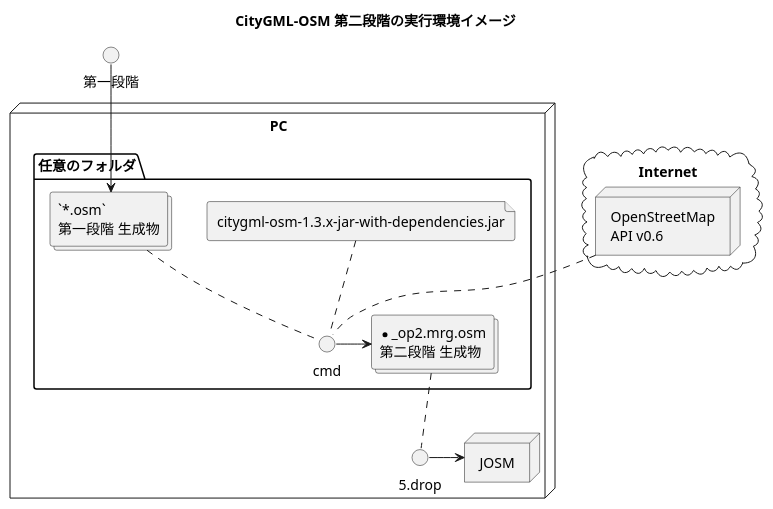
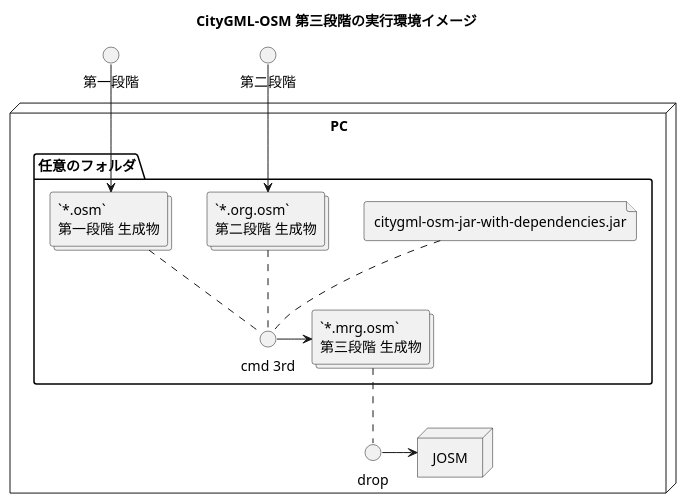
The diagram in doc/OsmUpdater/startup2nd.pu (yuuhayashi/citygml-osm), drawn with PlantUML before and after one commit. The commit also changed 7 other files, not shown here.

```diff
--- a/doc/OsmUpdater/startup2nd.pu
+++ b/doc/OsmUpdater/startup2nd.pu
@@ -1,32 +1,32 @@
 @startuml
-title CityGML-OSM 第二段階の実行環境イメージ
-
-cloud Internet {
- node "OpenStreetMap\nAPI v0.6" as osmapi
-}
+title CityGML-OSM 第三段階の実行環境イメージ
 
  () "第一段階" as step1
+
+ () "第二段階" as step2
 
 node PC {
 
  folder 任意のフォルダ {
-  file "citygml-osm-1.3.x-jar-with-dependencies.jar" as jar
+  file "citygml-osm-jar-with-dependencies.jar" as jar
   collections "`*.osm`\n第一段階 生成物" as osm
+  collections "`*.org.osm`\n第二段階 生成物" as org
   step1 --> osm
+  step2 --> org
  
-  () "cmd" as cmd
+  () "cmd 3rd" as cmd
   jar .. cmd
   osm .. cmd
-  osmapi .. cmd
+  org .. cmd
  
-  collections "*_op2.mrg.osm\n第二段階 生成物" as mrg
+  collections "`*.mrg.osm`\n第三段階 生成物" as mrg
   cmd -> mrg
  }
 
- () "5.drop" as drop
+ () "drop" as drop
  node JOSM
 }
 
 mrg .. drop
 drop -> JOSM
 @enduml
```
